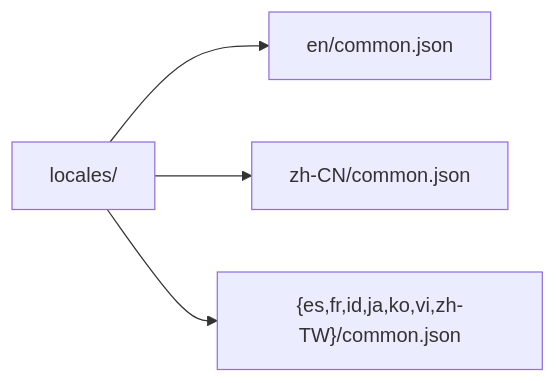
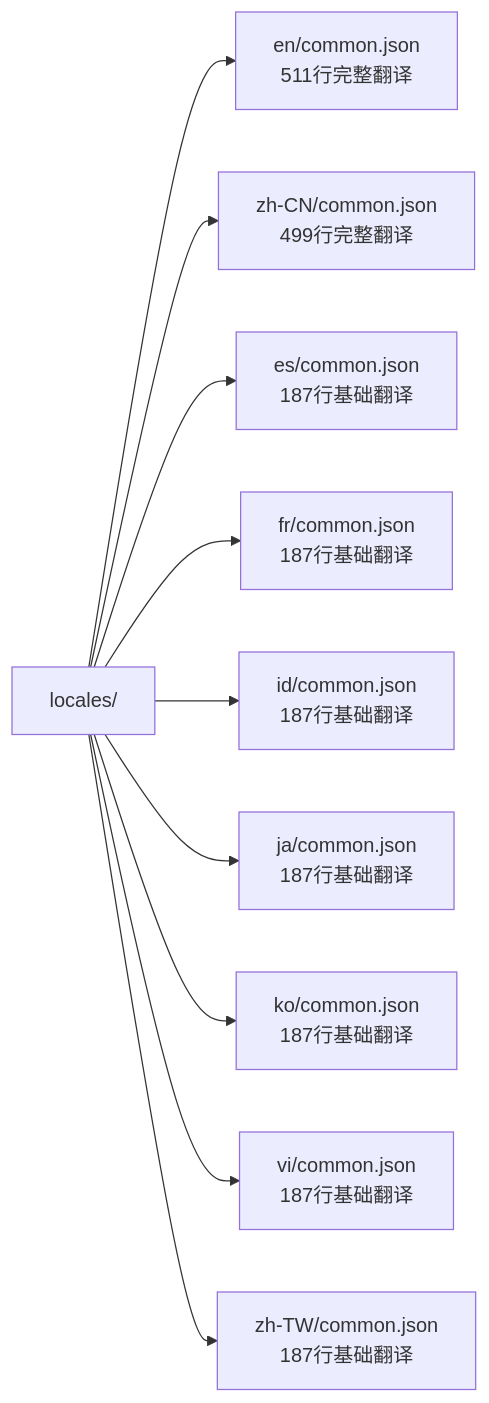
Before and after one commit to gongzeq/VAPT3: the fifth of 10 diagrams in .qoder/repowiki/zh/content/WebUI前端系统/国际化(i18n)系统.md, drawn with Mermaid. The commit also changed other lines of this file and 33 other files, not shown here.

````diff
--- a/.qoder/repowiki/zh/content/WebUI前端系统/国际化(i18n)系统.md
+++ b/.qoder/repowiki/zh/content/WebUI前端系统/国际化(i18n)系统.md
@@ -175,10 +204,22 @@
 ```mermaid
 graph LR
 ROOT["locales/"]
-EN["en/common.json"]
-ZHCN["zh-CN/common.json"]
-OTHER["{es,fr,id,ja,ko,vi,zh-TW}/common.json"]
+EN["en/common.json<br/>511行完整翻译"]
+ZHCN["zh-CN/common.json<br/>499行完整翻译"]
+ES["es/common.json<br/>187行基础翻译"]
+FR["fr/common.json<br/>187行基础翻译"]
+ID["id/common.json<br/>187行基础翻译"]
+JA["ja/common.json<br/>187行基础翻译"]
+KO["ko/common.json<br/>187行基础翻译"]
+VI["vi/common.json<br/>187行基础翻译"]
+ZHTW["zh-TW/common.json<br/>187行基础翻译"]
 ROOT --> EN
 ROOT --> ZHCN
-ROOT --> OTHER
+ROOT --> ES
+ROOT --> FR
+ROOT --> ID
+ROOT --> JA
+ROOT --> KO
+ROOT --> VI
+ROOT --> ZHTW
 ```
````
